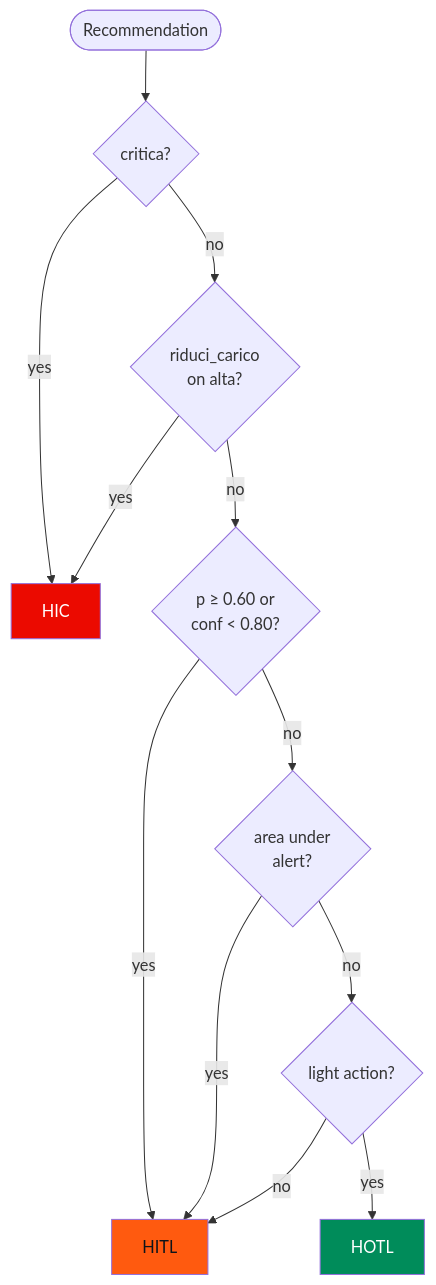
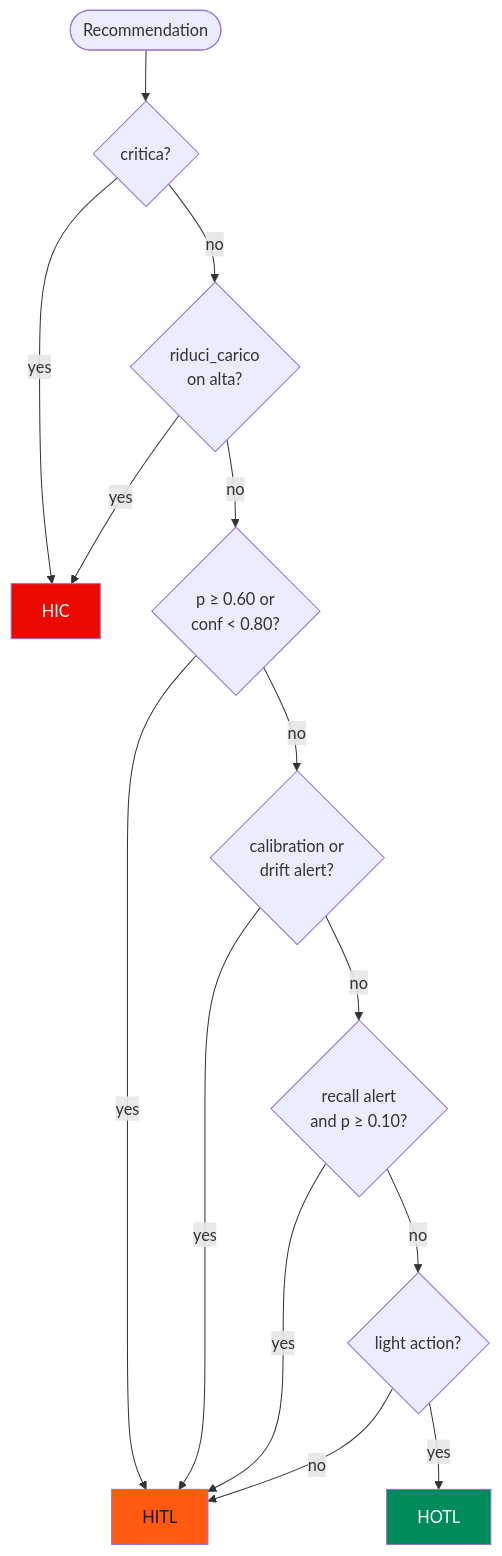
The diagram in docs/compliance/oversight-declaration.md (GuidoMerliniEnel/ai-act-hackaton), drawn with Mermaid before and after one commit. The commit also changed other lines of this file and 19 other files, not shown here.

````diff
--- a/docs/compliance/oversight-declaration.md
+++ b/docs/compliance/oversight-declaration.md
@@ -29,20 +30,22 @@
 ```mermaid
 flowchart TD
     S([Recommendation]) --> C1{critica?}
     C1 -- yes --> HIC[HIC]
     C1 -- no --> C2{riduci_carico<br/>on alta?}
     C2 -- yes --> HIC
     C2 -- no --> C3{p ≥ 0.60 or<br/>conf < 0.80?}
     C3 -- yes --> HITL[HITL]
-    C3 -- no --> C4{area under<br/>alert?}
+    C3 -- no --> C4{calibration or<br/>drift alert?}
     C4 -- yes --> HITL
-    C4 -- no --> C5{light action?}
+    C4 -- no --> C4b{recall alert<br/>and p ≥ 0.10?}
+    C4b -- yes --> HITL
+    C4b -- no --> C5{light action?}
     C5 -- yes --> HOTL[HOTL]
     C5 -- no --> HITL
     classDef hic fill:#eb0a00,color:#fff
     classDef hitl fill:#ff5a0f,color:#0e141a
     classDef hotl fill:#008c5a,color:#fff
     class HIC hic
     class HITL hitl
     class HOTL hotl
 ```
````
